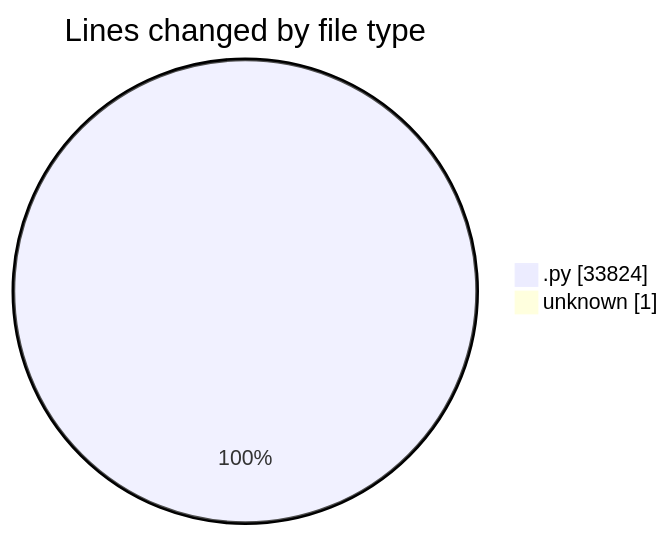
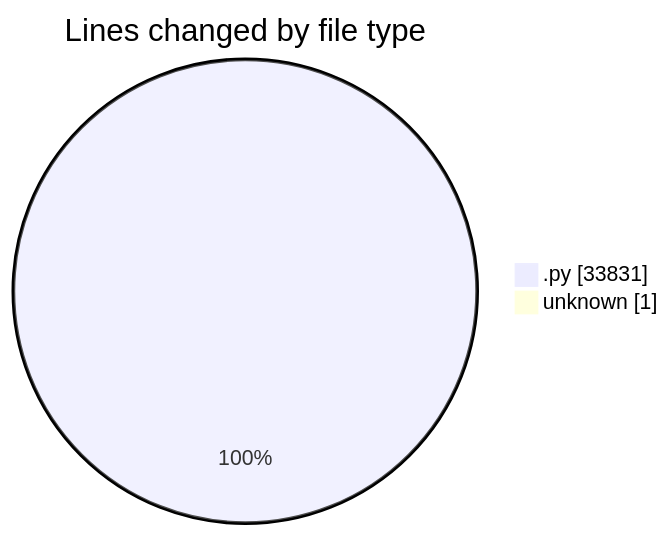
One commit to julien-gomy/code-tracking changed the first of 2 diagrams in 2025-11-22/eventscop-api-guide__workspace_/README.md. Above: the diagram before and after it, drawn with Mermaid. The commit also changed other lines of this file and 1 other file, not shown here.

````diff
--- a/2025-11-22/eventscop-api-guide__workspace_/README.md
+++ b/2025-11-22/eventscop-api-guide__workspace_/README.md
@@ -32,6 +32,6 @@
 ```mermaid
 pie showData
 title Lines changed by file type
-".py" : 33824
+".py" : 33831
 "unknown" : 1
 ```
````
